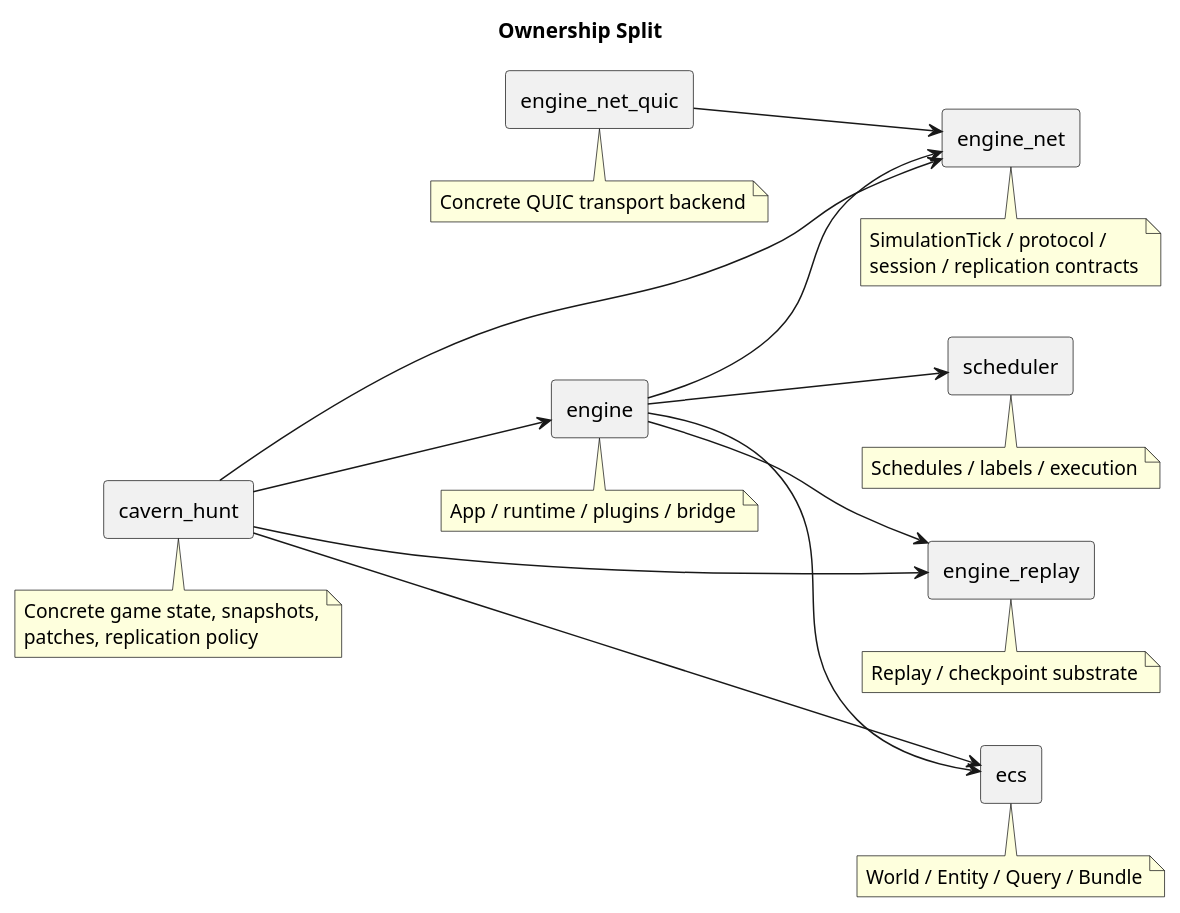
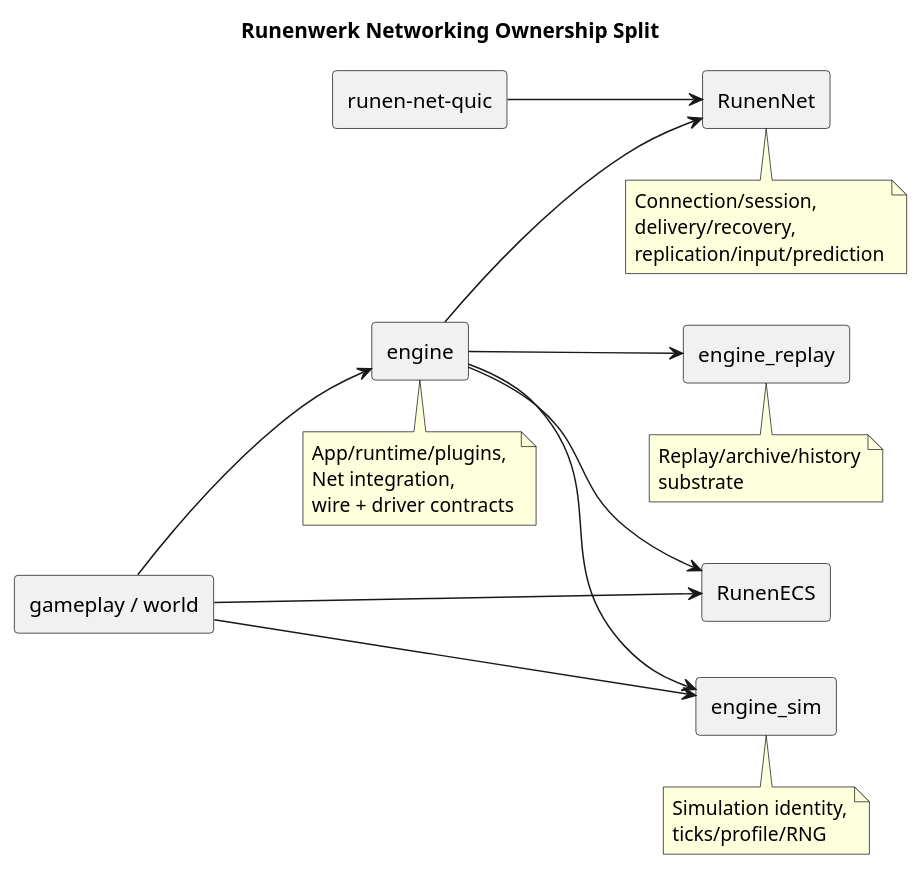
Before and after one commit to dornglut/runenwerk: the diagram in docs-site/src/assets/ownership.puml, drawn with PlantUML. The commit also changed 52 other files, not shown here.

Commit message:
[Net] Retire remaining engine_net migration shell (#889)

```diff
--- a/docs-site/src/assets/ownership.puml
+++ b/docs-site/src/assets/ownership.puml
@@ -1,58 +1,48 @@
 @startuml
-title Ownership Split
+title Runenwerk Networking Ownership Split
 
 left to right direction
 skinparam packageStyle rectangle
 skinparam shadowing false
 
-rectangle "ecs" as ecs
-rectangle "scheduler" as scheduler
+rectangle "RunenECS" as ecs
 rectangle "engine" as engine
-rectangle "engine_net" as engine_net
-rectangle "engine_net_quic" as quic
+rectangle "RunenNet" as runennet
+rectangle "runen-net-quic" as quic
+rectangle "engine_sim" as sim
 rectangle "engine_replay" as replay
-rectangle "cavern_hunt" as game
+rectangle "gameplay / world" as game
 
-note bottom of ecs
-World / Entity / Query / Bundle
+note bottom of engine
+App/runtime/plugins,
+Net integration,
+wire + driver contracts
 end note
 
-note bottom of scheduler
-Schedules / labels / execution
+note bottom of runennet
+Connection/session,
+delivery/recovery,
+replication/input/prediction
 end note
 
-note bottom of engine
-App / runtime / plugins / bridge
-end note
-
-note bottom of engine_net
-SimulationTick / protocol /
-session / replication contracts
-end note
-
-note bottom of quic
-Concrete QUIC transport backend
+note bottom of sim
+Simulation identity,
+ticks/profile/RNG
 end note
 
 note bottom of replay
-Replay / checkpoint substrate
-end note
-
-note bottom of game
-Concrete game state, snapshots,
-patches, replication policy
+Replay/archive/history
+substrate
 end note
 
 engine --> ecs
-engine --> scheduler
-engine --> engine_net
+engine --> runennet
+engine --> sim
 engine --> replay
-
-quic --> engine_net
+quic --> runennet
 
 game --> ecs
 game --> engine
-game --> engine_net
-game --> replay
+game --> sim
 
 @enduml
```
